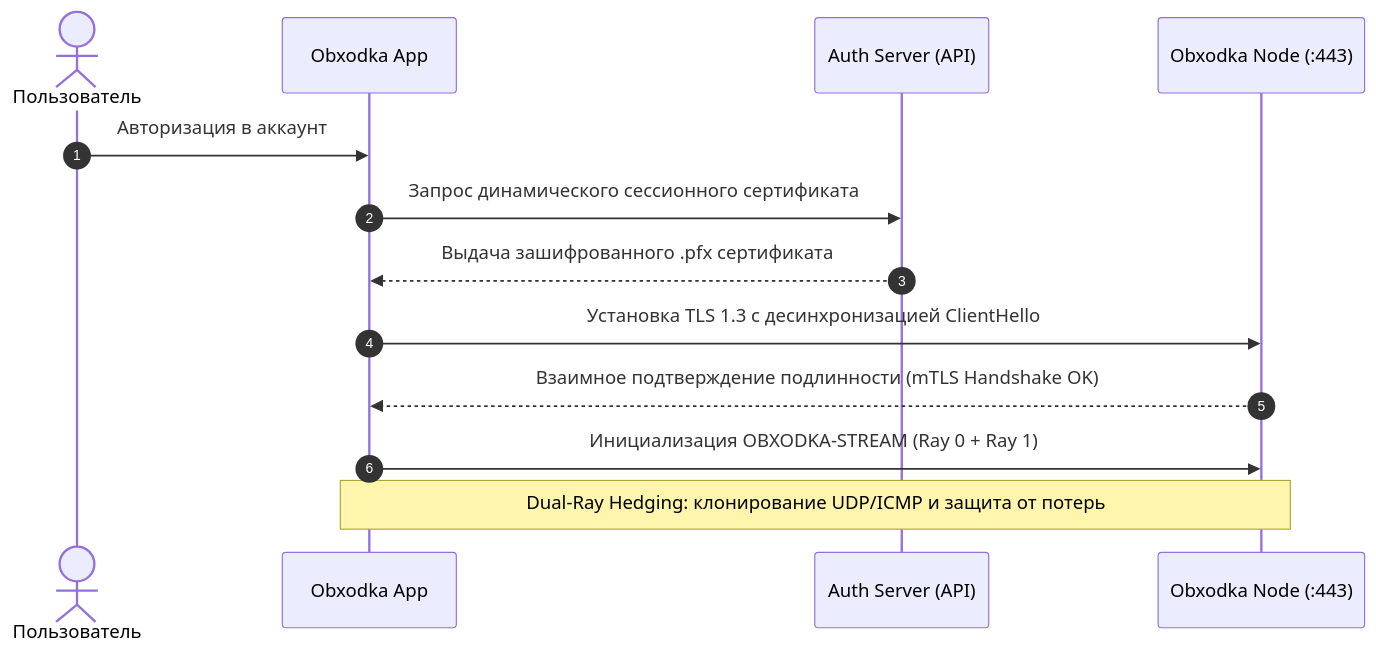
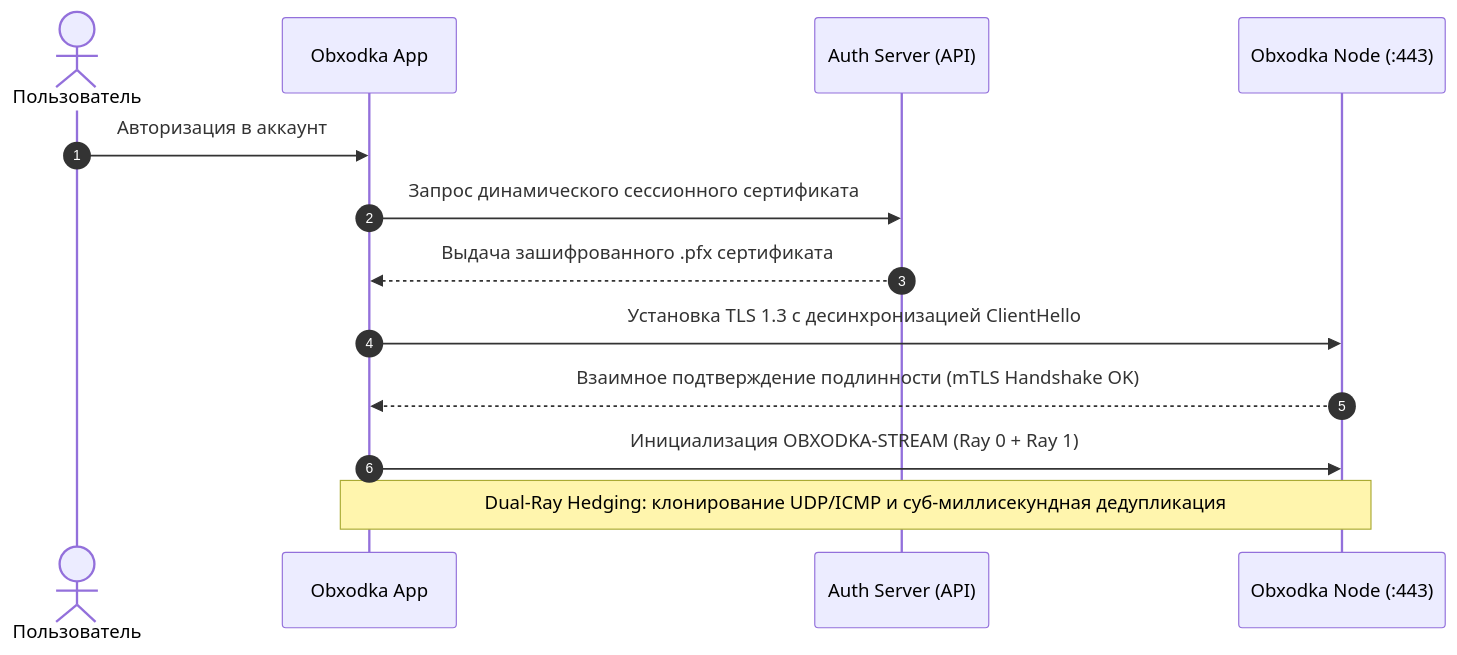
One commit to OctoCore-Dev/obxodka changed the second of 2 diagrams in README.md. Above: the diagram before and after it, drawn with Mermaid. The commit also changed other lines of this file and 66 other files, not shown here.

````diff
--- a/README.md
+++ b/README.md
@@ -112,16 +140,16 @@
 ```mermaid
 sequenceDiagram
     autonumber
     actor User as Пользователь
     participant Client as Obxodka App
     participant Auth as Auth Server (API)
     participant Gateway as Obxodka Node (:443)
 
     User->>Client: Авторизация в аккаунт
     Client->>Auth: Запрос динамического сессионного сертификата
     Auth-->>Client: Выдача зашифрованного .pfx сертификата
     Client->>Gateway: Установка TLS 1.3 с десинхронизацией ClientHello
     Gateway-->>Client: Взаимное подтверждение подлинности (mTLS Handshake OK)
     Client->>Gateway: Инициализация OBXODKA-STREAM (Ray 0 + Ray 1)
-    Note over Client,Gateway: Dual-Ray Hedging: клонирование UDP/ICMP и защита от потерь
+    Note over Client,Gateway: Dual-Ray Hedging: клонирование UDP/ICMP и суб-миллисекундная дедупликация
 ```
````
